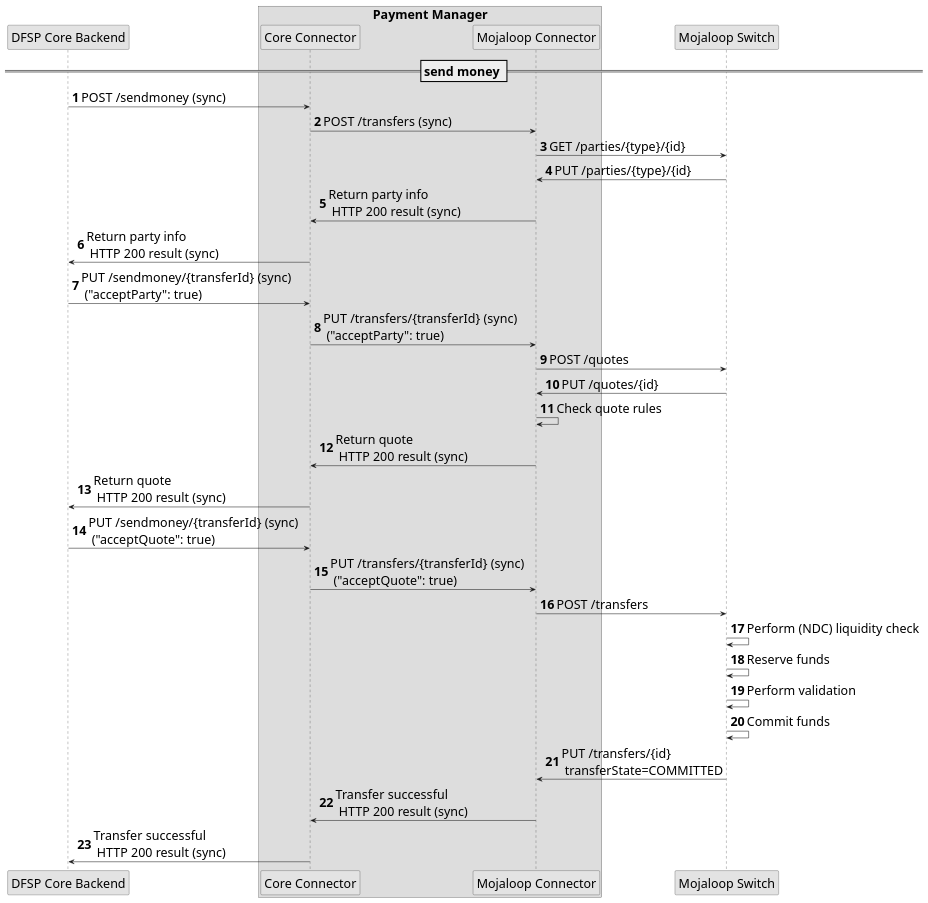
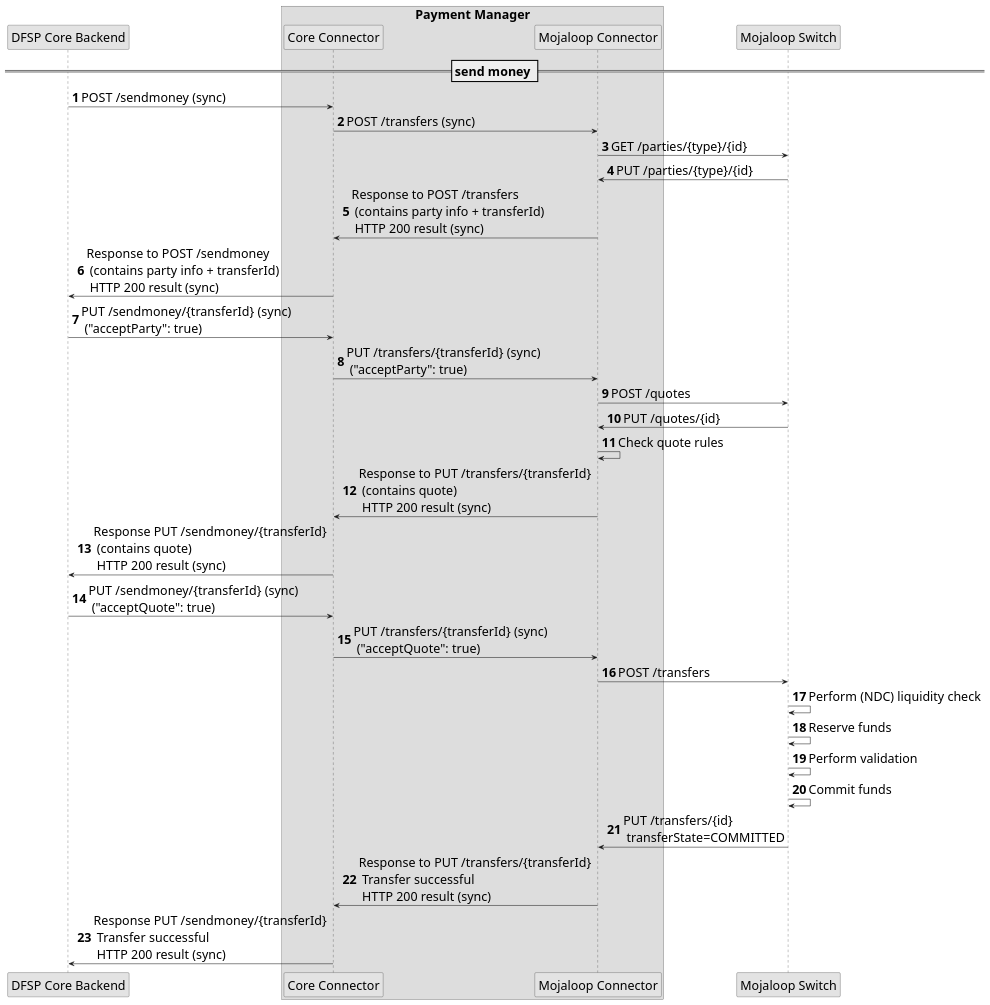
The diagram in modules/core_connector/images/PM4ML_transfer_flow_payer_multistage_happy_path.plantuml (pm4ml/documents), drawn with PlantUML before and after one commit. The commit also changed 5 other files, not shown here.

Commit message:
improved CC diagrams

```diff
--- a/modules/core_connector/images/PM4ML_transfer_flow_payer_multistage_happy_path.plantuml
+++ b/modules/core_connector/images/PM4ML_transfer_flow_payer_multistage_happy_path.plantuml
@@ -1,47 +1,47 @@
 @startuml
 
 autonumber
 skinparam activityFontSize 4
 skinparam activityDiamondFontSize 30
 skinparam activityArrowFontSize 24
 skinparam defaultFontSize 24
 skinparam noteFontSize 24
 skinparam monochrome true
 
 participant "DFSP Core Backend" as backend
 
 box Payment Manager
 participant "Core Connector" as cc
 participant "Mojaloop Connector" as sob
 end box
 
 participant "Mojaloop Switch" as sw
 
 
 == send money ==
 
     backend -> cc: POST /sendmoney (sync)
     cc -> sob: POST /transfers (sync)
     sob -> sw: GET /parties/{type}/{id}
     sw -> sob: PUT /parties/{type}/{id}
-    sob -> cc: Return party info \n HTTP 200 result (sync)
-    cc -> backend: Return party info \n HTTP 200 result (sync) 
+    sob -> cc: Response to POST /transfers \n (contains party info + transferId) \n HTTP 200 result (sync)
+    cc -> backend: Response to POST /sendmoney \n (contains party info + transferId) \n HTTP 200 result (sync) 
     backend -> cc: PUT /sendmoney/{transferId} (sync) \n ("acceptParty": true)
     cc -> sob: PUT /transfers/{transferId} (sync) \n ("acceptParty": true)
     sob -> sw: POST /quotes
     sw -> sob: PUT /quotes/{id}
     sob -> sob: Check quote rules
-    sob -> cc: Return quote \n HTTP 200 result (sync)
-    cc -> backend: Return quote \n HTTP 200 result (sync)
+    sob -> cc: Response to PUT /transfers/{transferId} \n (contains quote) \n HTTP 200 result (sync)
+    cc -> backend: Response PUT /sendmoney/{transferId} \n (contains quote) \n HTTP 200 result (sync)
     backend -> cc: PUT /sendmoney/{transferId} (sync) \n ("acceptQuote": true)
     cc -> sob: PUT /transfers/{transferId} (sync) \n ("acceptQuote": true)
     sob -> sw: POST /transfers
     sw -> sw: Perform (NDC) liquidity check
     sw -> sw: Reserve funds
     sw -> sw: Perform validation
     sw -> sw: Commit funds
     sw -> sob: PUT /transfers/{id} \n transferState=COMMITTED
-    sob -> cc: Transfer successful \n HTTP 200 result (sync)
-    cc -> backend: Transfer successful \n HTTP 200 result (sync)
+    sob -> cc: Response to PUT /transfers/{transferId} \n Transfer successful \n HTTP 200 result (sync)
+    cc -> backend: Response PUT /sendmoney/{transferId} \n Transfer successful \n HTTP 200 result (sync)
 
 @enduml
```
